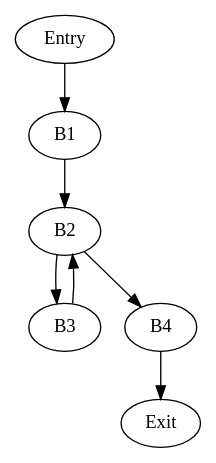
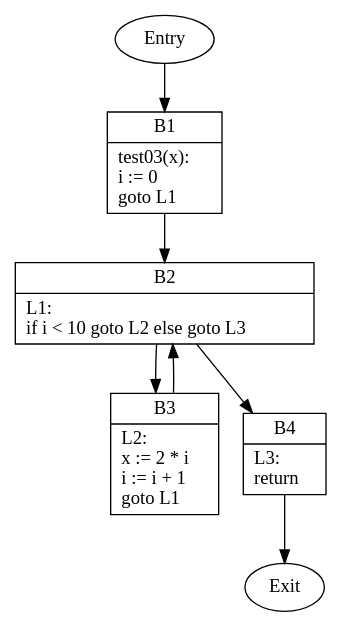
One commit to aprell/compiler-potpourri changed the diagram in control_flow/analysis/examples/test03_cfg.dot. Above: the diagram before and after it, drawn with Graphviz. The commit also changed 21 other files, not shown here.

```diff
--- a/control_flow/analysis/examples/test03_cfg.dot
+++ b/control_flow/analysis/examples/test03_cfg.dot
@@ -1,8 +1,12 @@
 digraph CFG {
+    B1 [shape=record label="{B1|test03(x):\li := 0\lgoto L1\l}"];
+    B2 [shape=record label="{B2|L1:\lif i \< 10 goto L2 else goto L3\l}"];
+    B3 [shape=record label="{B3|L2:\lx := 2 * i\li := i + 1\lgoto L1\l}"];
+    B4 [shape=record label="{B4|L3:\lreturn\l}"];
     Entry -> B1;
     B1 -> B2;
     B2 -> B3;
     B2 -> B4;
     B3 -> B2;
     B4 -> Exit;
 }
```
